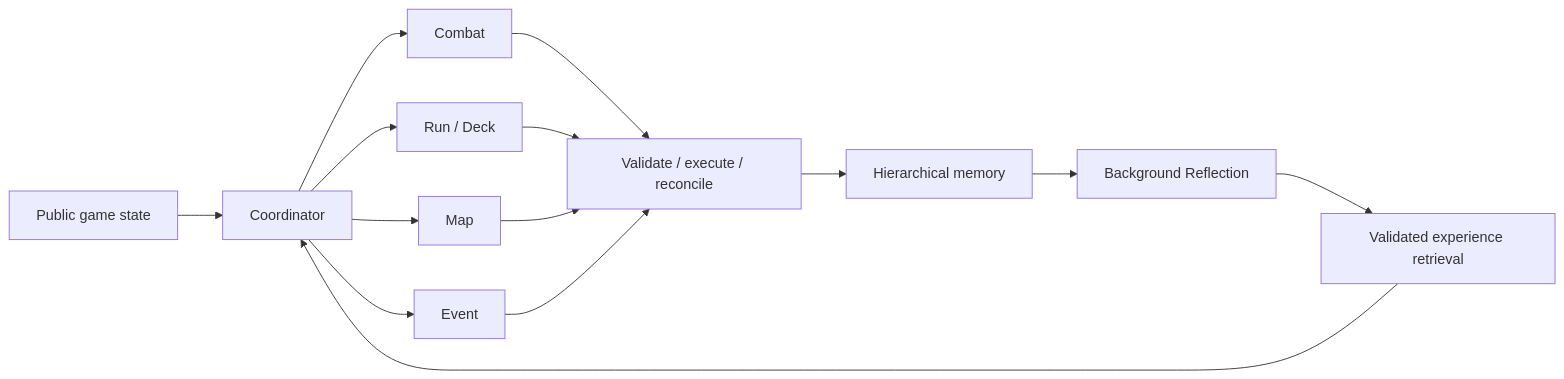
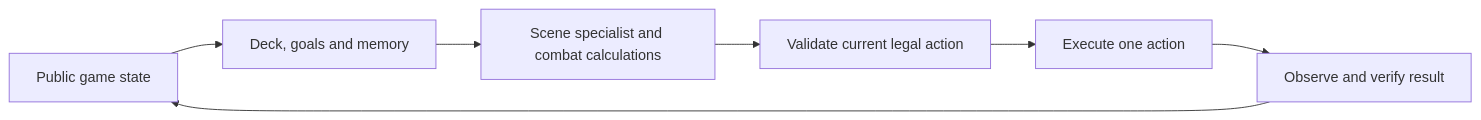
The diagram in README.md (optima-xu/SpireMind), drawn with Mermaid before and after one commit. The commit also changed other lines of this file and 138 other files, not shown here.

Commit message:
Refactor agent architecture and update documentation

````diff
--- a/README.md
+++ b/README.md
@@ -86,13 +120,9 @@
 ```mermaid
 flowchart LR
-    Game[Public game state] --> Coordinator[Coordinator]
-    Coordinator --> Combat[Combat]
-    Coordinator --> Run[Run / Deck]
-    Coordinator --> Map[Map]
-    Coordinator --> Event[Event]
-    Combat & Run & Map & Event --> Execute[Validate / execute / reconcile]
-    Execute --> Memory[Hierarchical memory]
-    Memory --> Reflection[Background Reflection]
-    Reflection --> Retrieval[Validated experience retrieval]
-    Retrieval --> Coordinator
+    State[Public game state] --> Context[Deck, goals and memory]
+    Context --> Decide[Scene specialist and combat calculations]
+    Decide --> Check[Validate current legal action]
+    Check --> Act[Execute one action]
+    Act --> Verify[Observe and verify result]
+    Verify --> State
 ```
````
